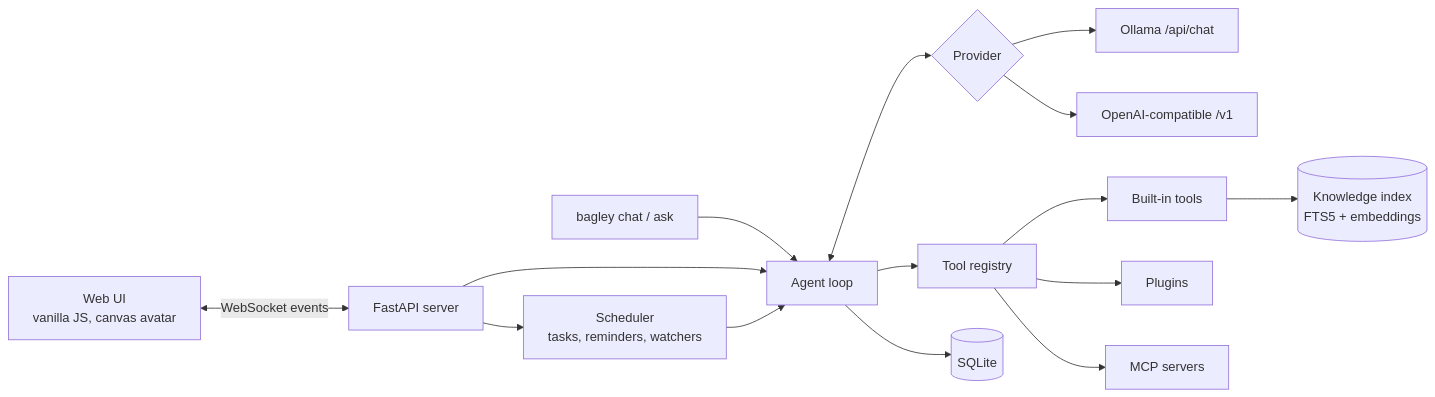
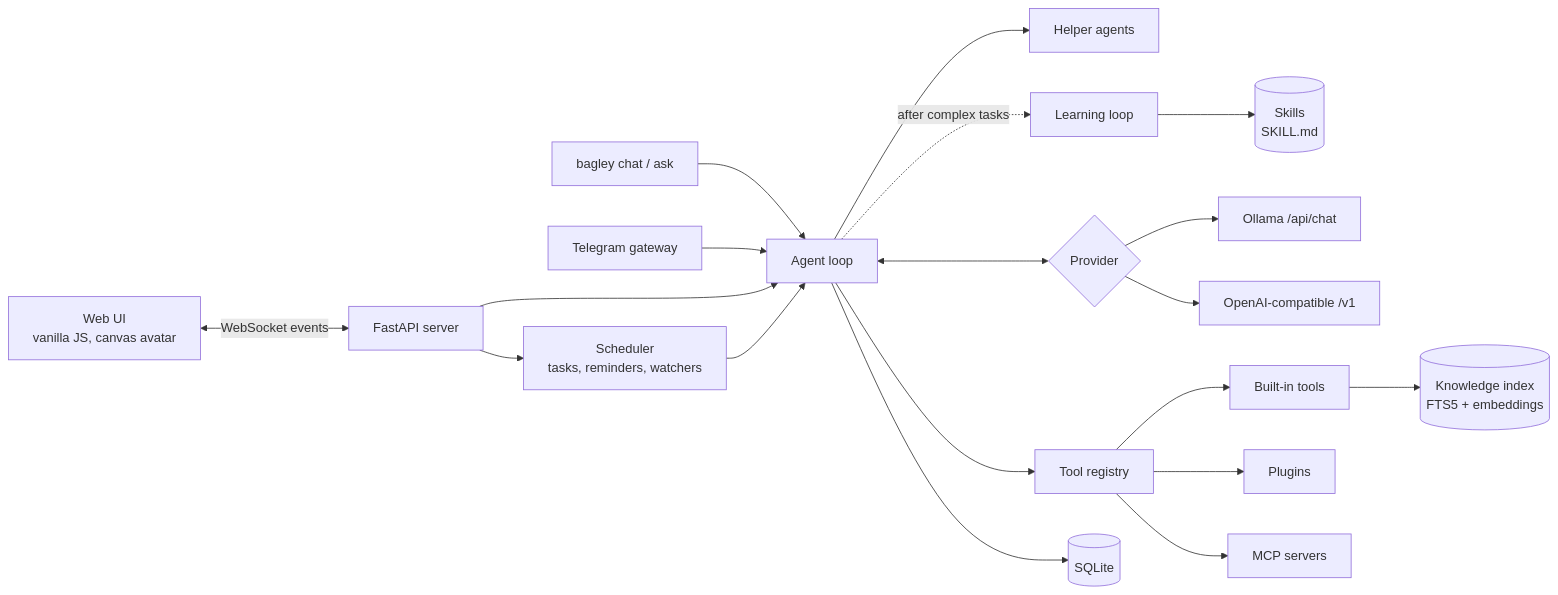
Before and after one commit to H4ch1Net/bagley-assistant: the diagram in README.md, drawn with Mermaid. The commit also changed other lines of this file and 18 other files, not shown here.

First line of the commit message:
Document skills, helpers, Telegram and where to run the model

````diff
--- a/README.md
+++ b/README.md
@@ -287,17 +333,21 @@
 ```mermaid
 flowchart LR
   UI["Web UI<br/>vanilla JS, canvas avatar"] <-- "WebSocket events" --> S["FastAPI server"]
   CLI["bagley chat / ask"] --> A
+  TG["Telegram gateway"] --> A
   S --> A["Agent loop"]
+  A --> H["Helper agents"]
+  A -. "after complex tasks" .-> L["Learning loop"]
+  L --> SK[("Skills<br/>SKILL.md")]
   SC["Scheduler<br/>tasks, reminders, watchers"] --> A
   S --> SC
   A <--> P{"Provider"}
   P --> O["Ollama /api/chat"]
   P --> OA["OpenAI-compatible /v1"]
   A --> T["Tool registry"]
   T --> B["Built-in tools"]
   T --> PL["Plugins"]
   T --> M["MCP servers"]
   B --> K[("Knowledge index<br/>FTS5 + embeddings")]
   A --> DB[("SQLite")]
 ```
````
